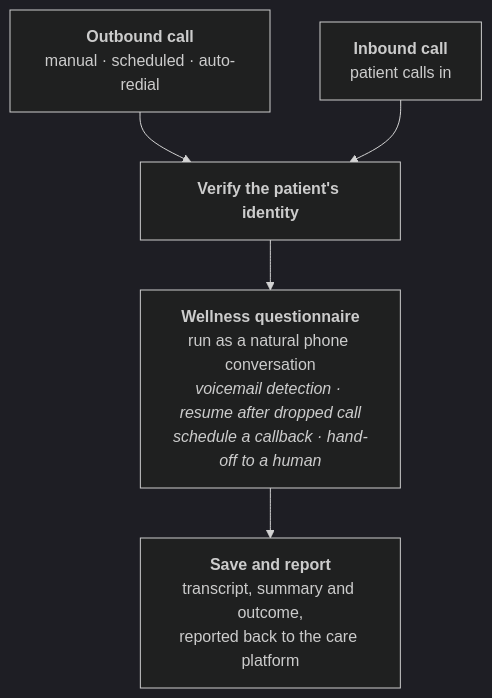
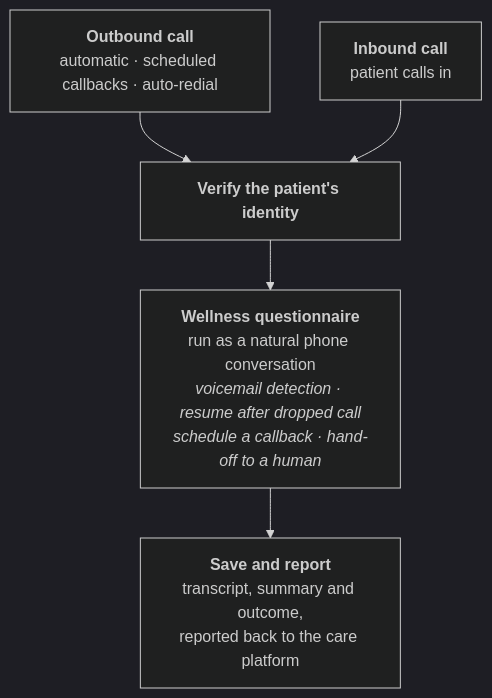
One commit to ALIKAZMI001/ccm-outreach-agent changed the diagram in README.md. Above: the diagram before and after it, drawn with Mermaid (dark theme). The commit also changed other lines of this file, not shown here.

Commit message:
Correct the outbound calling description: automatic, not manual

````diff
--- a/README.md
+++ b/README.md
@@ -13,8 +13,8 @@
 ```mermaid
 flowchart TD
-    O["<b>Outbound call</b><br/>manual · scheduled · auto-redial"] --> V
+    O["<b>Outbound call</b><br/>automatic · scheduled callbacks · auto-redial"] --> V
     I["<b>Inbound call</b><br/>patient calls in"] --> V
     V["<b>Verify the patient's identity</b>"] --> Q
     Q["<b>Wellness questionnaire</b><br/>run as a natural phone conversation<br/><i>voicemail detection · resume after dropped call<br/>schedule a callback · hand-off to a human</i>"] --> S
     S["<b>Save and report</b><br/>transcript, summary and outcome,<br/>reported back to the care platform"]
 ```
````
